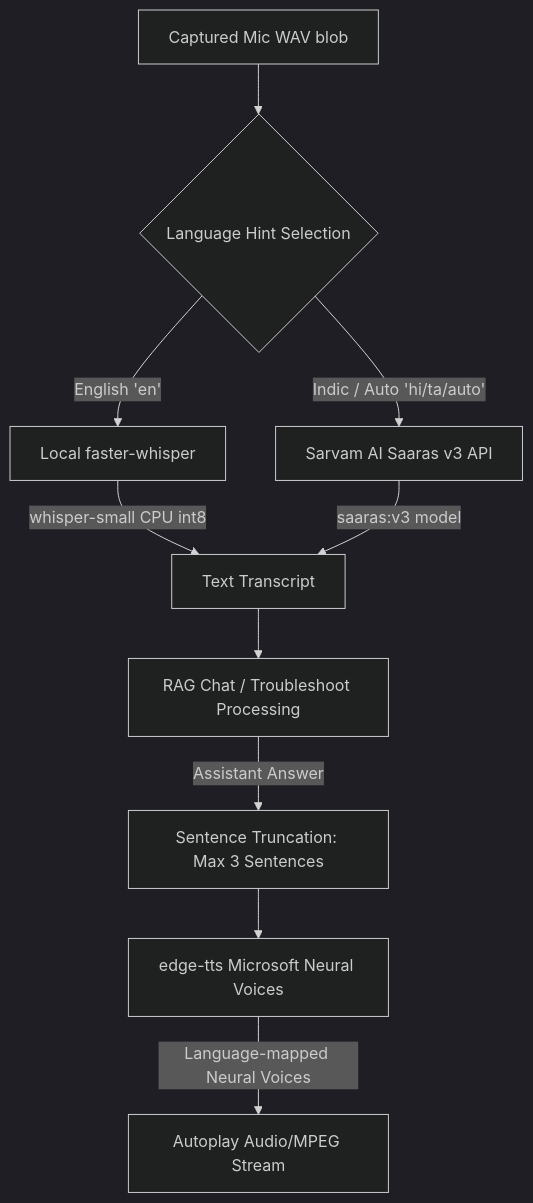
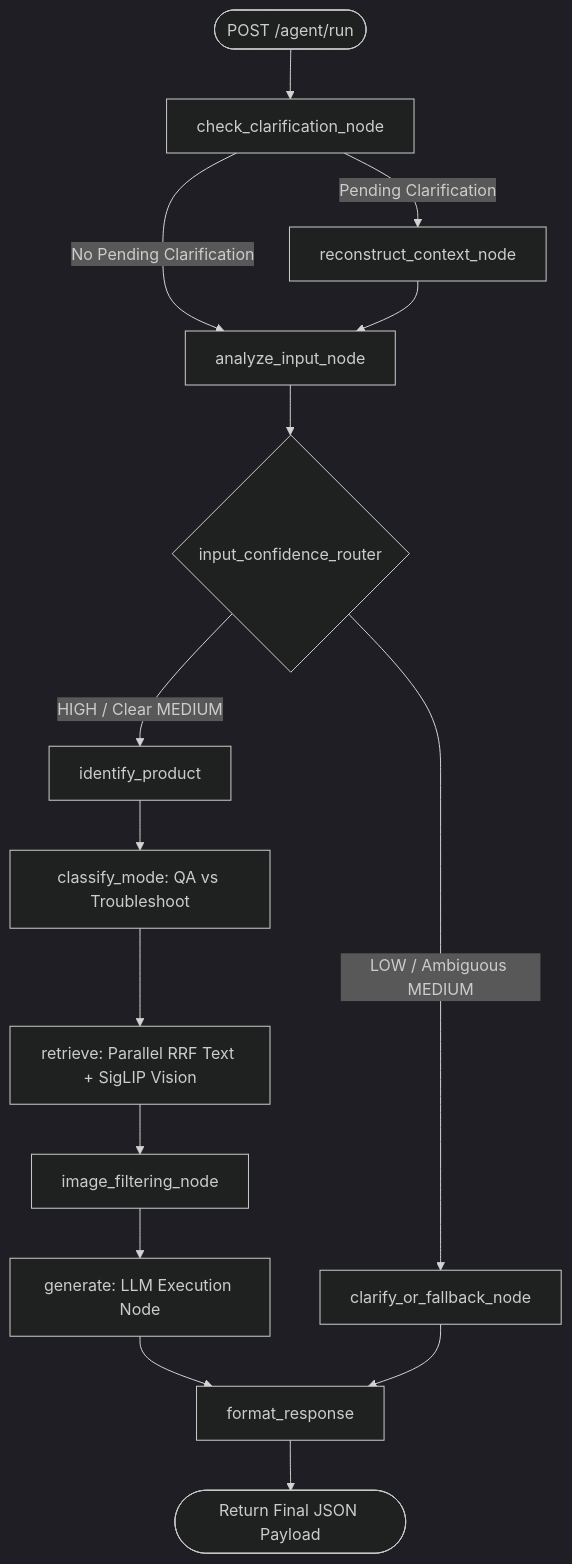
One commit to Santhosh-p653/rag-multimodal-assistant changed the fourth of 7 diagrams in architecture.md. Above: the diagram before and after it, drawn with Mermaid (dark theme). The commit also changed other lines of this file and 2 other files, not shown here.

````diff
--- a/architecture.md
+++ b/architecture.md
@@ -78,16 +197,22 @@
 ```mermaid
 graph TD
-    A[Captured Mic WAV blob] --> B{Language Hint Selection}
+    Start([POST /agent/run]) --> CheckClar[check_clarification_node]
     
-    B -->|English 'en'| C[Local faster-whisper]
-    C -->|whisper-small CPU int8| D[Text Transcript]
+    CheckClar -->|Pending Clarification| Recon[reconstruct_context_node]
+    CheckClar -->|No Pending Clarification| Analyze[analyze_input_node]
+    Recon --> Analyze
     
-    B -->|Indic / Auto 'hi/ta/auto'| E[Sarvam AI Saaras v3 API]
-    E -->|saaras:v3 model| D
+    Analyze --> Router{input_confidence_router}
+    Router -->|LOW / Ambiguous MEDIUM| Clarify[clarify_or_fallback_node]
+    Router -->|HIGH / Clear MEDIUM| ProductID[identify_product]
     
-    D --> F[RAG Chat / Troubleshoot Processing]
-    F -->|Assistant Answer| G[Sentence Truncation: Max 3 Sentences]
+    ProductID --> Classify[classify_mode: QA vs Troubleshoot]
+    Classify --> Retrieve[retrieve: Parallel RRF Text + SigLIP Vision]
     
-    G --> H[edge-tts Microsoft Neural Voices]
-    H -->|Language-mapped Neural Voices| I[Autoplay Audio/MPEG Stream]
+    Retrieve --> ImgFilter[image_filtering_node]
+    ImgFilter --> Gen[generate: LLM Execution Node]
+    
+    Gen --> Format[format_response]
+    Clarify --> Format
+    Format --> End([Return Final JSON Payload])
 ```
````
